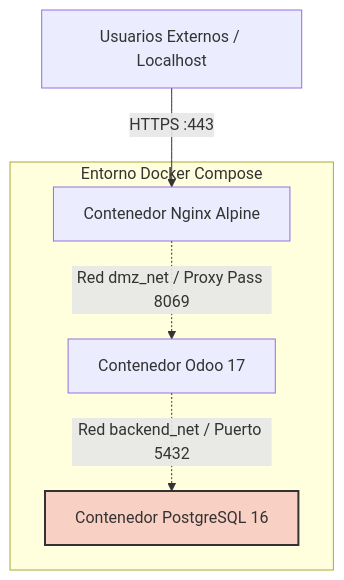
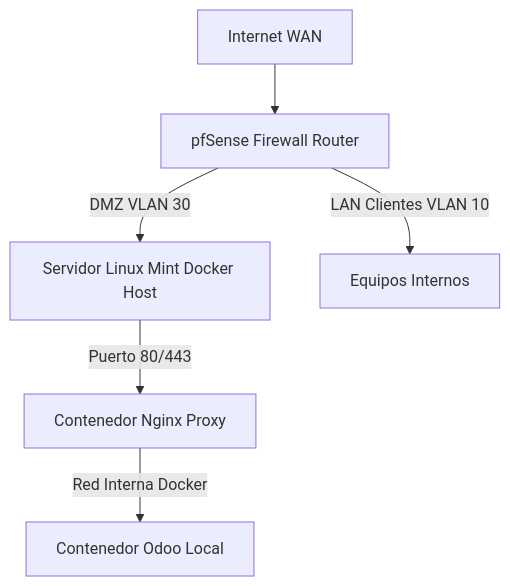
Before and after one commit to sandrafrv/TFG-Implantacion_Segura_y_Automatizada_de_Odoo: the diagram in README.md, drawn with Mermaid. The commit also changed other lines of this file and 1 other file, not shown here.

First line of the commit message:
Update docs to pfSense DMZ and Docker Nginx

````diff
--- a/README.md
+++ b/README.md
@@ -29,12 +30,8 @@
 ```mermaid
 graph TD
-    WAN[Usuarios Externos / Localhost] --> |HTTPS :443| N[Contenedor Nginx Alpine]
-    
-    subgraph DOCKER_ENGINE [Entorno Docker Compose]
-        N -.->|Red dmz_net / Proxy Pass 8069| O[Contenedor Odoo 17]
-        O -.->|Red backend_net / Puerto 5432| DB[Contenedor PostgreSQL 16]
-    end
-    
-    classDef isolate fill:#f9d0c4,stroke:#333,stroke-width:2px;
-    class DB isolate;
+    WAN[Internet WAN] --> P[pfSense Firewall Router]
+    P --> |DMZ VLAN 30| N[Servidor Linux Mint Docker Host]
+    N --> |Puerto 80/443| Nginx[Contenedor Nginx Proxy]
+    Nginx --> |Red Interna Docker| Docker[Contenedor Odoo Local]
+    P --> |LAN Clientes VLAN 10| CLI[Equipos Internos]
 ```
````
